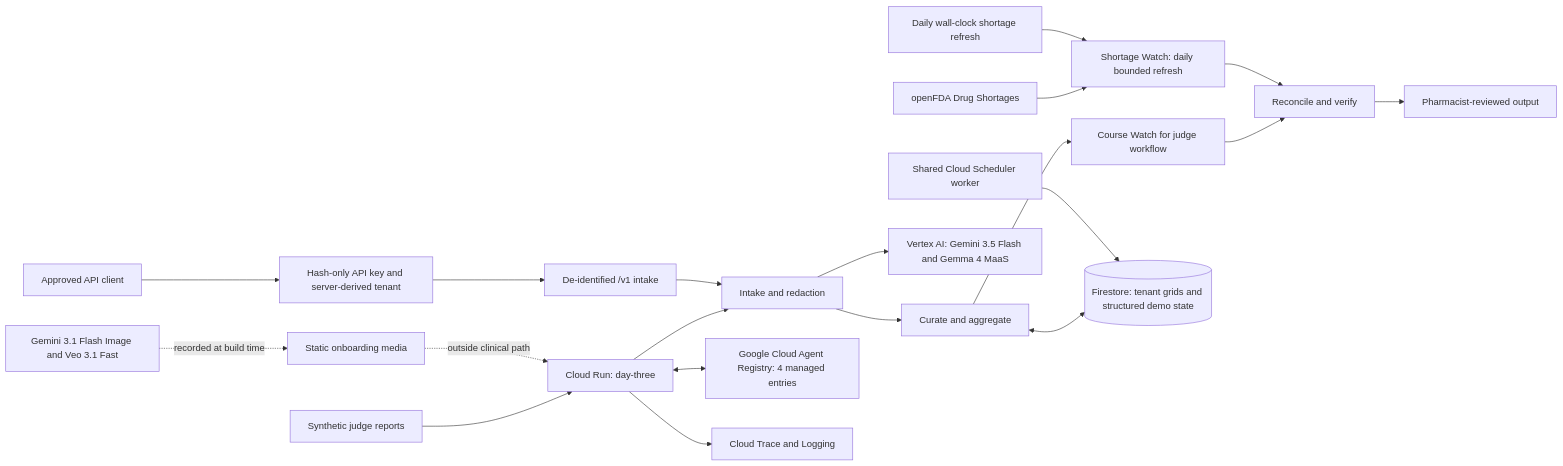
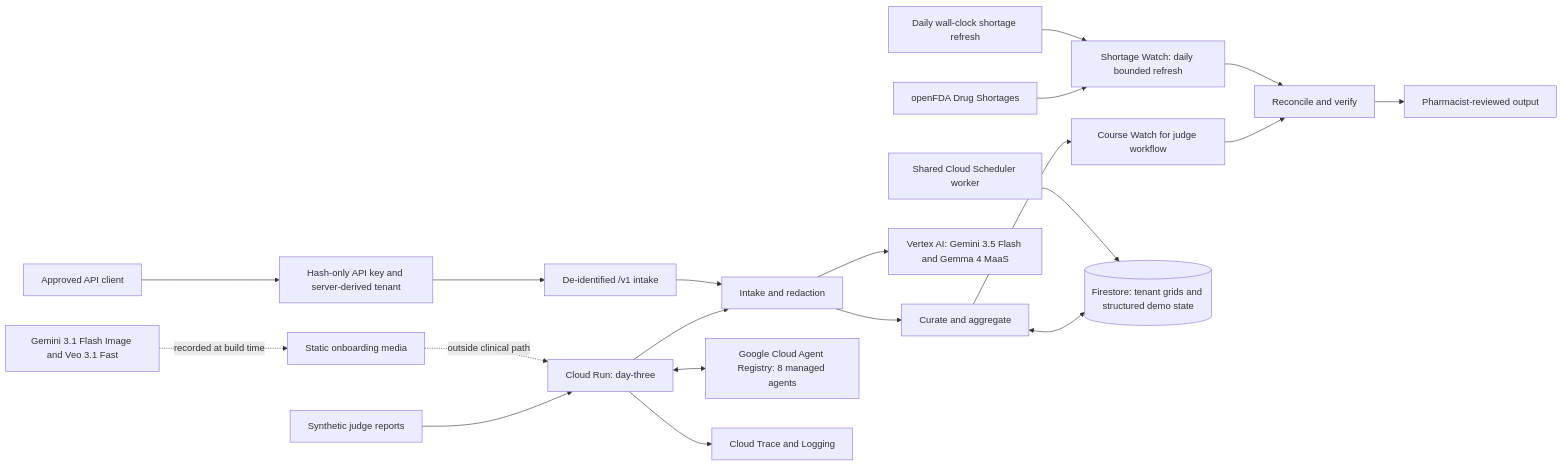
One commit to usv240/day-three changed the diagram in docs/architecture.mmd. Above: the diagram before and after it, drawn with Mermaid. The commit also changed 17 other files, not shown here.

```diff
--- a/docs/architecture.mmd
+++ b/docs/architecture.mmd
@@ -1,20 +1,20 @@
 flowchart LR
     A[Synthetic judge reports] --> B[Cloud Run: day-three]
     API[Approved API client] --> K[Hash-only API key and server-derived tenant]
     K --> DI[De-identified /v1 intake]
     B --> I[Intake and redaction]
     DI --> I
     I --> C[Curate and aggregate]
     C --> W[Course Watch for judge workflow]
     W --> R[Reconcile and verify]
     D[openFDA Drug Shortages] --> SW[Shortage Watch: daily bounded refresh]
     SW --> R
     DS[Daily wall-clock shortage refresh] --> SW
     C <--> F[(Firestore: tenant grids and structured demo state)]
     I --> V[Vertex AI: Gemini 3.5 Flash and Gemma 4 MaaS]
     S[Shared Cloud Scheduler worker] --> F
-    B <--> G[Google Cloud Agent Registry: 4 managed entries]
+    B <--> G[Google Cloud Agent Registry: 8 managed agents]
     B --> T[Cloud Trace and Logging]
     R --> H[Pharmacist-reviewed output]
     M[Gemini 3.1 Flash Image and Veo 3.1 Fast] -. recorded at build time .-> O[Static onboarding media]
     O -. outside clinical path .-> B
```
